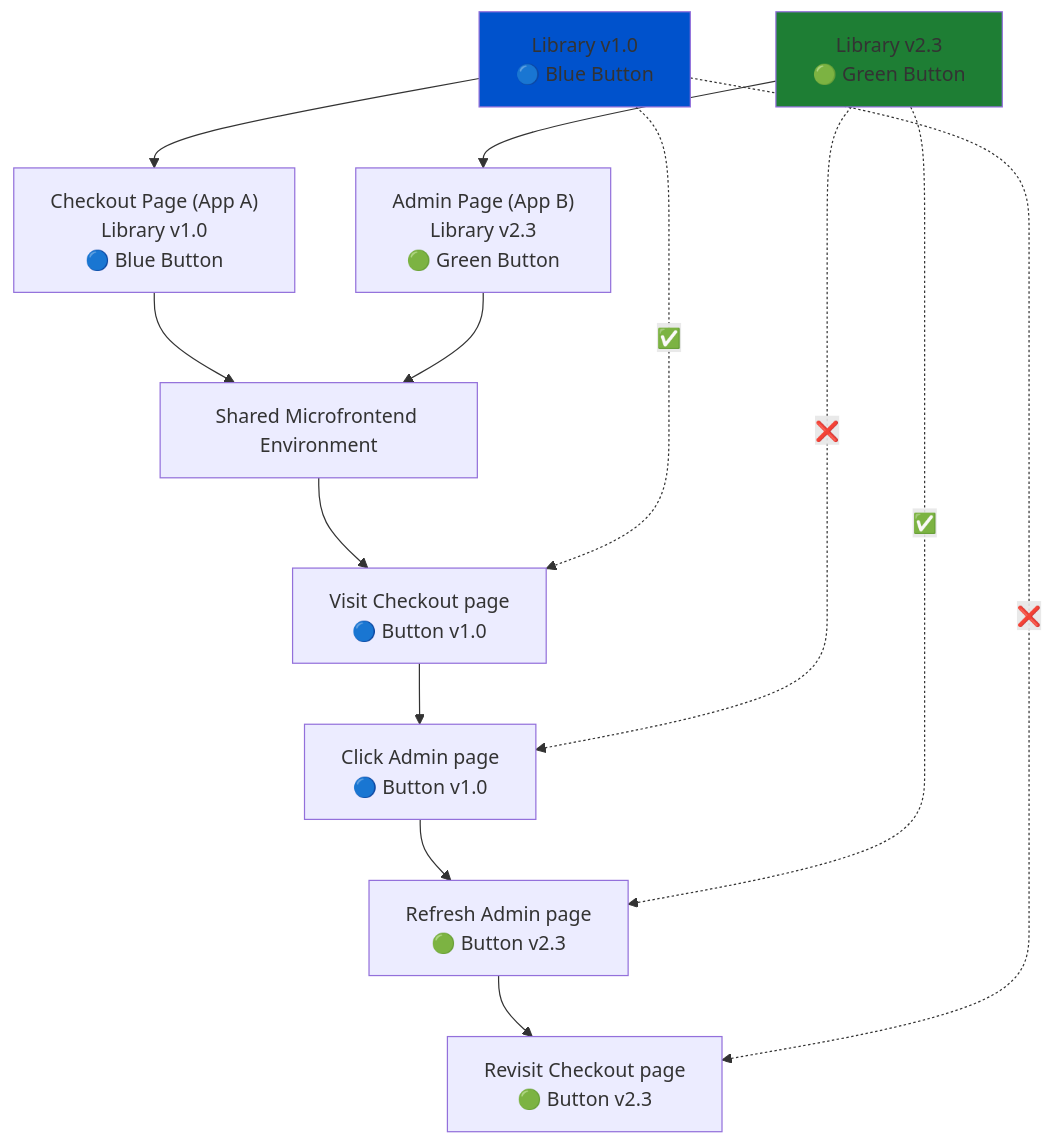
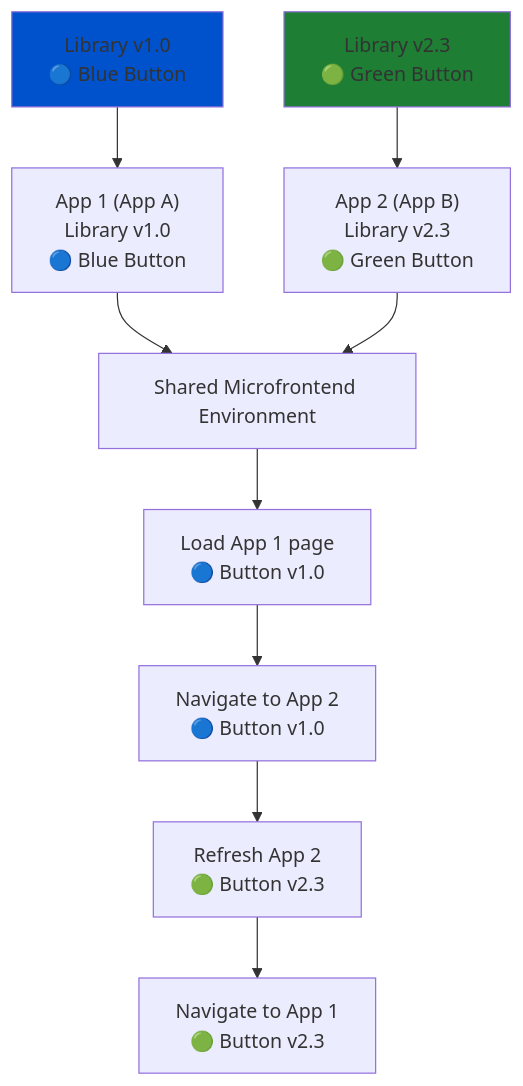
Before and after one commit to Cliffback/stencil-custom-suffix-output-target: the diagram in README.md, drawn with Mermaid. The commit also changed other lines of this file, not shown here.

Commit message:
docs: hide mermaid diagram as default

````diff
--- a/README.md
+++ b/README.md
@@ -38,33 +41,24 @@
 ```mermaid
 flowchart TD
     %% Libraries
-    L1["Library v1.0<br>🔵 Blue Button"] --> A["Checkout Page (App A)<br>Library v1.0<br>🔵 Blue Button"]
-    L2["Library v2.3<br>🟢 Green Button"] --> B["Admin Page (App B)<br>Library v2.3<br>🟢 Green Button"]
+    L1["Library v1.0<br>🔵 Blue Button"] --> A["App 1 (App A)<br>Library v1.0<br>🔵 Blue Button"]
+    L2["Library v2.3<br>🟢 Green Button"] --> B["App 2 (App B)<br>Library v2.3<br>🟢 Green Button"]
     A --> Shared["Shared Microfrontend Environment"]
     B --> Shared["Shared Microfrontend Environment"]
 
     %% First action: Checkout
-    Shared --> clickCheckout["Visit Checkout page<br>🔵 Button v1.0"]
+    Shared --> loadApp1["Load App 1 page<br>🔵 Button v1.0"]
 
     %% Second action: Admin
-    clickCheckout --> clickAdmin["Click Admin page<br>🔵 Button v1.0"]
+    loadApp1 --> clickApp2["Navigate to App 2<br>🔵 Button v1.0"]
 
     %% Third action: Admin
-    clickAdmin --> refreshAdmin["Refresh Admin page<br>🟢 Button v2.3"]
+    clickApp2 --> refreshApp2["Refresh App 2<br>🟢 Button v2.3"]
 
     %% Fourth action: Checkout
-    refreshAdmin --> revisitCheckout["Revisit Checkout page<br>🟢 Button v2.3"]
-
-
-    %% Correct paths with ✅
-    L1 -.✅.-> clickCheckout
-    L2 -.✅.-> refreshAdmin
-
-    %% Incorrect path with ❌
-    L2 -.❌.-> clickAdmin
-    L1 -.❌.-> revisitCheckout
+    refreshApp2 --> revisitApp1["Navigate to App 1<br>🟢 Button v2.3"]
 
     %% Apply colors
     style L1 fill:#0052cc
     style L2 fill:#1e7e34 
 ```
````
